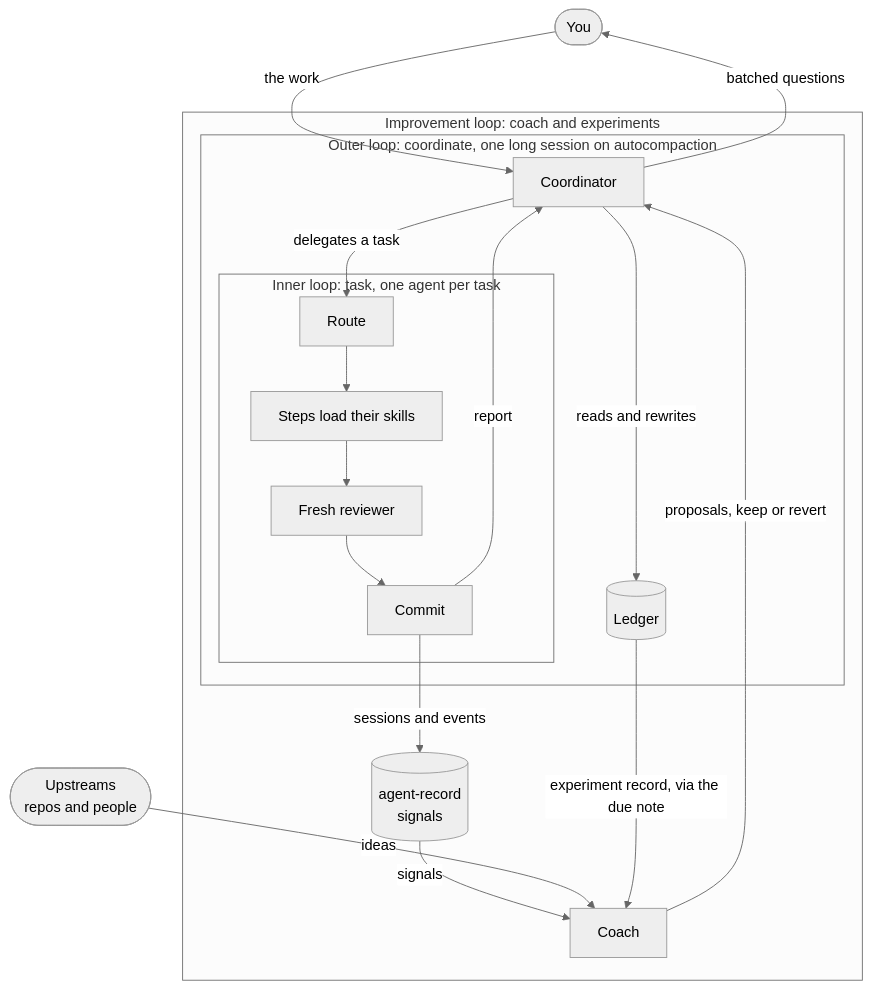
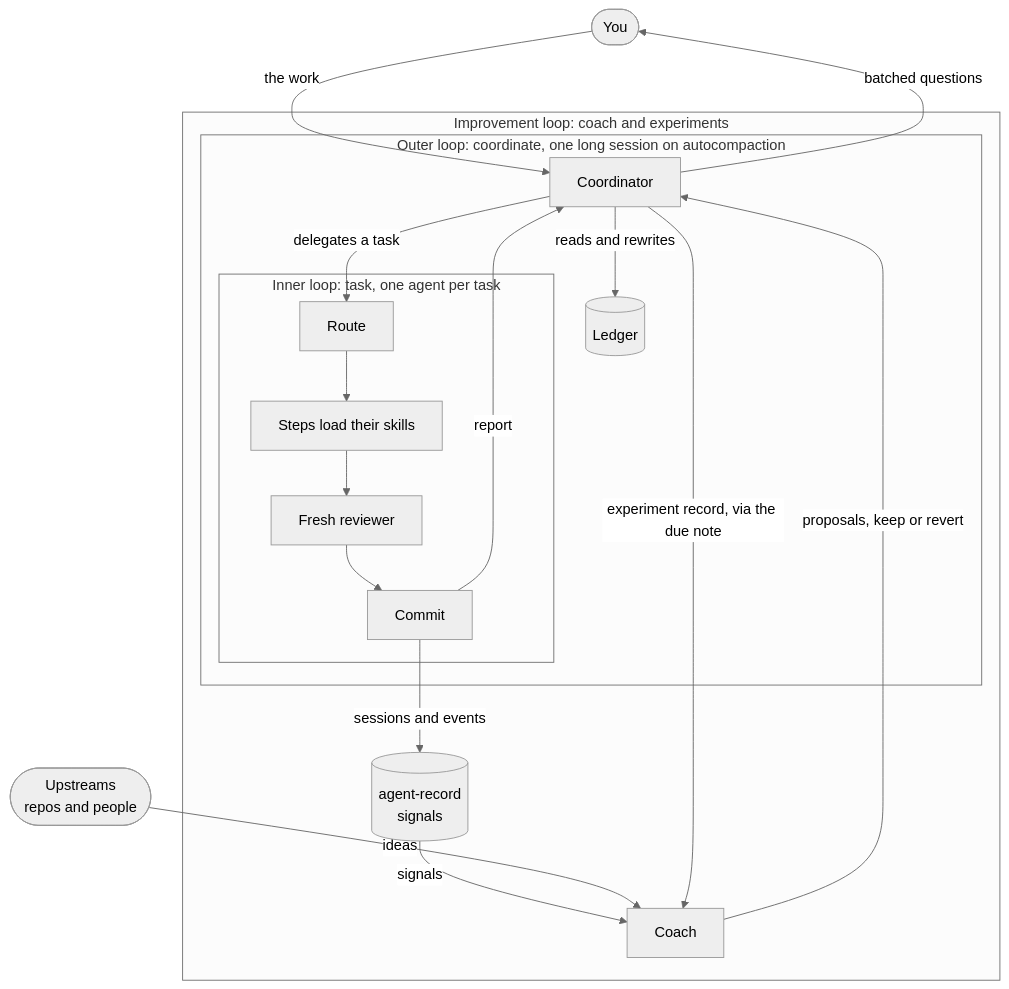
One commit to cniska/agent-skills changed the first of 4 diagrams in README.md. Above: the diagram before and after it, drawn with Mermaid (neutral theme).

Commit message:
docs(readme): draw the experiment edge from lead

````diff
--- a/README.md
+++ b/README.md
@@ -20,32 +20,32 @@
 ```mermaid
 flowchart TB
   you(["You"])
   ups(["Upstreams<br/>repos and people"])
   subgraph improve["Improvement loop: coach and experiments"]
     rec[("agent-record<br/>signals")]
     coach["Coach"]
     subgraph outer["Outer loop: coordinate, one long session on autocompaction"]
       lead["Coordinator"]
       ledger[("Ledger")]
       subgraph inner["Inner loop: task, one agent per task"]
         route["Route"]
         steps["Steps load their skills"]
         rev["Fresh reviewer"]
         commit["Commit"]
       end
     end
   end
   you -- "the work" --> lead
   lead -- "batched questions" --> you
   lead -- "reads and rewrites" --> ledger
   lead -- "delegates a task" --> route
   route --> steps
   steps --> rev
   rev --> commit
   commit -- "report" --> lead
   commit -- "sessions and events" --> rec
   rec -- "signals" --> coach
   ups -- "ideas" --> coach
-  ledger -- "experiment record, via the due note" --> coach
+  lead -- "experiment record, via the due note" --> coach
   coach -- "proposals, keep or revert" --> lead
 ```
````
